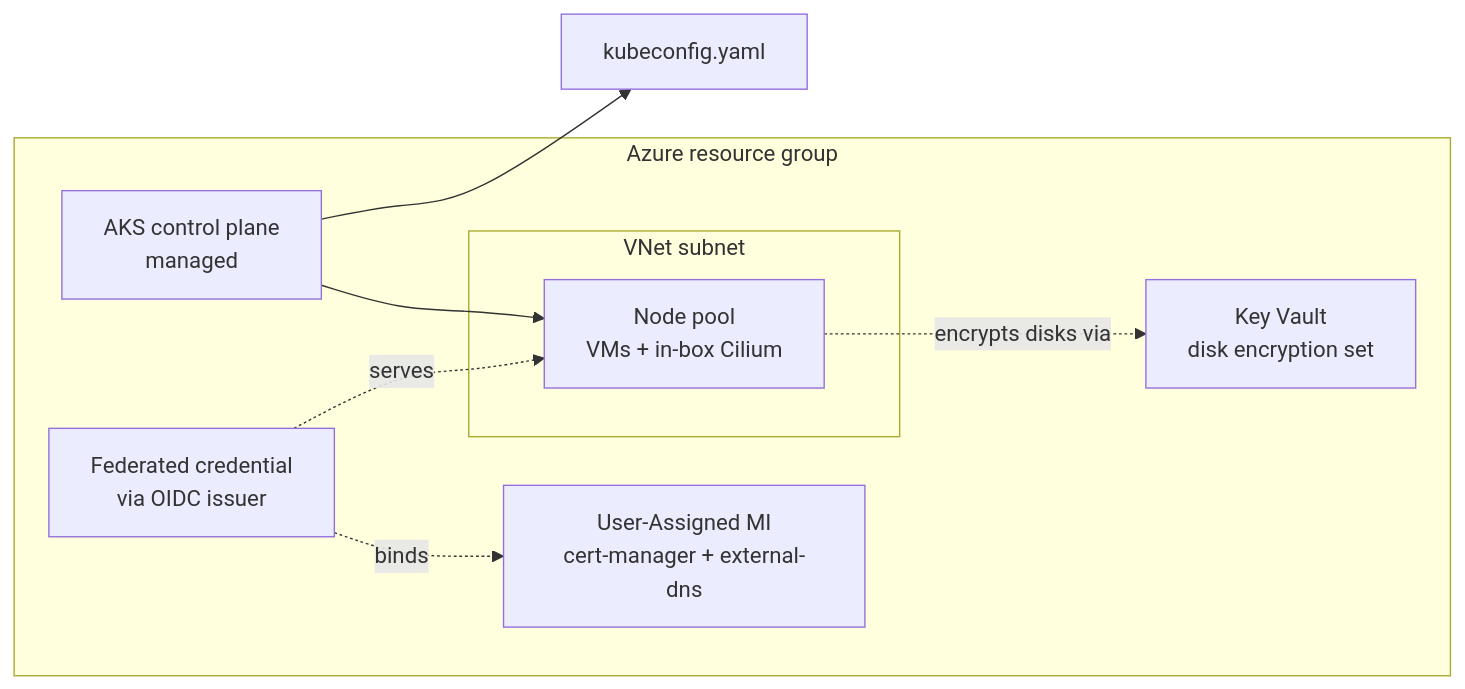
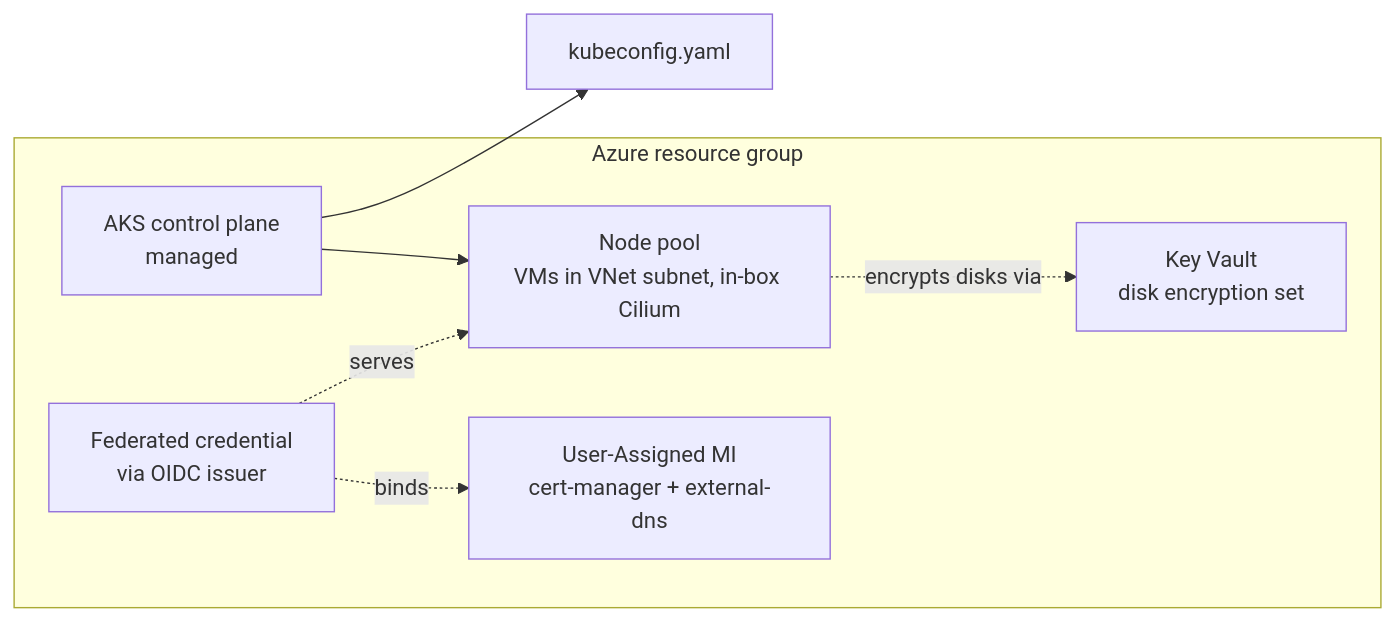
One commit to windsorcli/core changed the third of 3 diagrams in terraform/cluster/README.md. Above: the diagram before and after it, drawn with Mermaid. The commit also changed other lines of this file and 6 other files, not shown here.

Commit message:
chore(docs): refine flowcharts in README files for backend, cluster, compute, CNI, network, gitops, and workstation categories

````diff
--- a/terraform/cluster/README.md
+++ b/terraform/cluster/README.md
@@ -105,22 +101,18 @@
 ```mermaid
 flowchart LR
   subgraph azure[Azure resource group]
     aks[AKS control plane<br/>managed]
-
-    subgraph subnet[VNet subnet]
-      np[Node pool<br/>VMs + in-box Cilium]
-    end
-
+    np[Node pool<br/>VMs in VNet subnet, in-box Cilium]
     uami[User-Assigned MI<br/>cert-manager + external-dns]
     fed[Federated credential<br/>via OIDC issuer]
     kv[Key Vault<br/>disk encryption set]
   end
 
   kc[kubeconfig.yaml]
 
   aks --> np
   aks --> kc
   fed -.binds.-> uami
   fed -.serves.-> np
   np -.encrypts disks via.-> kv
 ```
````
